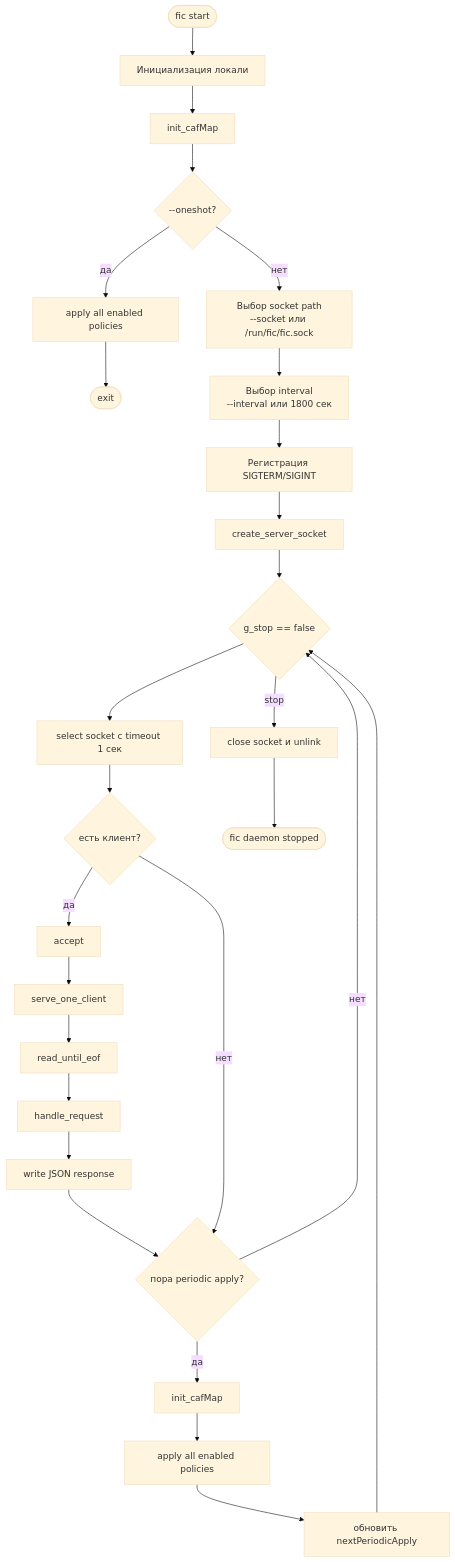
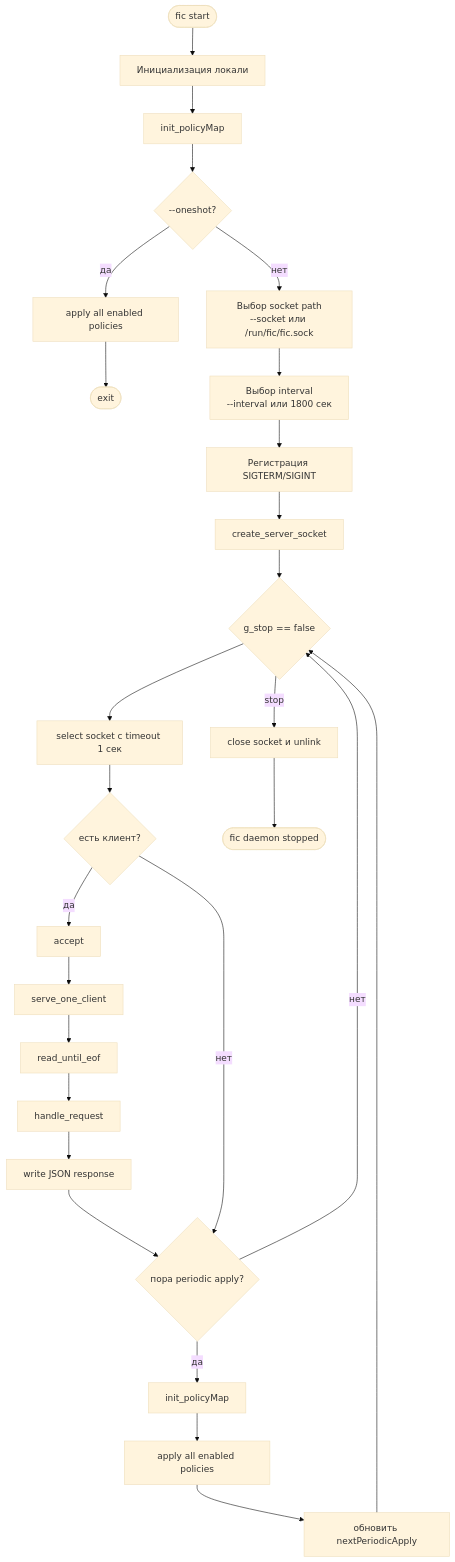
The third of 10 diagrams in docs/architecture-diagrams.md (RevoltStar/FIC), drawn with Mermaid (base theme) before and after one commit. The commit also changed other lines of this file and 4 other files, not shown here.

Commit message:
Переименование init_cafMap в init_policyMap, а cafMap в policyMap в коде и документации

````diff
--- a/docs/architecture-diagrams.md
+++ b/docs/architecture-diagrams.md
@@ -113,34 +113,34 @@
 ```mermaid
 flowchart TD
     start([fic start]) --> locale[Инициализация локали]
-    locale --> initMap[init_cafMap]
+    locale --> initMap[init_policyMap]
     initMap --> oneshot{--oneshot?}
 
     oneshot -->|да| applyOnce[apply all enabled policies]
     applyOnce --> exitOnce([exit])
 
     oneshot -->|нет| socketPath["Выбор socket path<br/>--socket или /run/fic/fic.sock"]
     socketPath --> interval["Выбор interval<br/>--interval или 1800 сек"]
     interval --> signals[Регистрация SIGTERM/SIGINT]
     signals --> createSocket[create_server_socket]
     createSocket --> mainLoop{g_stop == false}
 
     mainLoop --> select[select socket с timeout 1 сек]
     select --> clientReady{есть клиент?}
     clientReady -->|да| accept[accept]
     accept --> serve[serve_one_client]
     serve --> readJson[read_until_eof]
     readJson --> route[handle_request]
     route --> writeJson[write JSON response]
     writeJson --> periodic
 
     clientReady -->|нет| periodic{пора periodic apply?}
-    periodic -->|да| reload[init_cafMap]
+    periodic -->|да| reload[init_policyMap]
     reload --> applyAll[apply all enabled policies]
     applyAll --> schedule[обновить nextPeriodicApply]
     schedule --> mainLoop
 
     periodic -->|нет| mainLoop
     mainLoop -->|stop| cleanup[close socket и unlink]
     cleanup --> stopped([fic daemon stopped])
 ```
````
